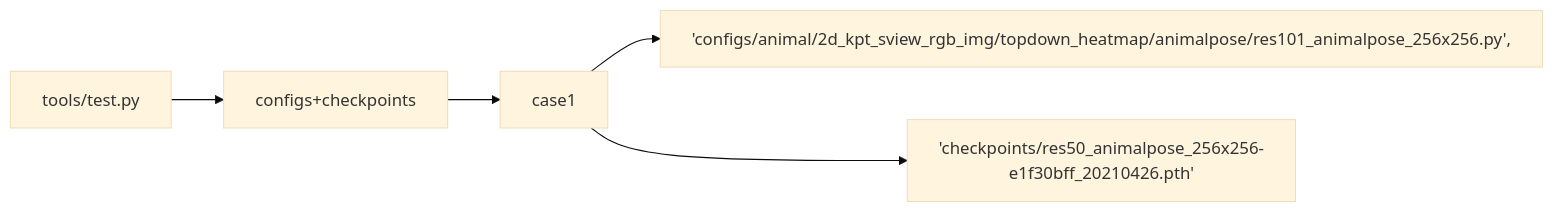
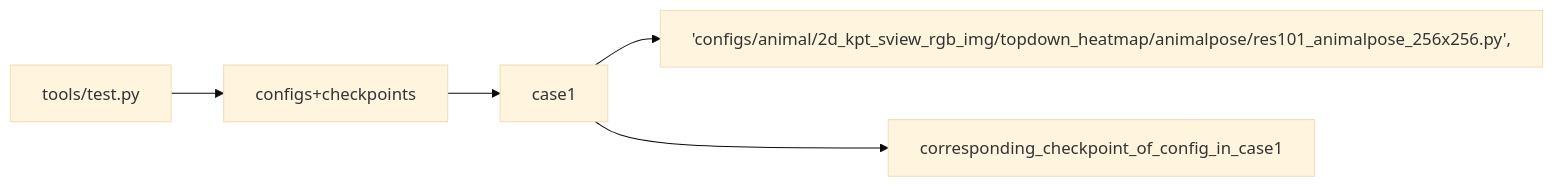
One commit to HiiiXinyiii/openmmlab-ci changed the second of 3 diagrams in e2e/mmpose/README.md. Above: the diagram before and after it, drawn with Mermaid (base theme). The commit also changed other lines of this file and 7 other files, not shown here.

````diff
--- a/e2e/mmpose/README.md
+++ b/e2e/mmpose/README.md
@@ -35,7 +30,7 @@
 ```mermaid
 graph LR;
     tools/test.py-->configs+checkpoints
     configs+checkpoints-->case1
     case1-->'configs/animal/2d_kpt_sview_rgb_img/topdown_heatmap/animalpose/res101_animalpose_256x256.py',
-    case1-->'checkpoints/res50_animalpose_256x256-e1f30bff_20210426.pth'
+    case1-->corresponding_checkpoint_of_config_in_case1
 ```
````
